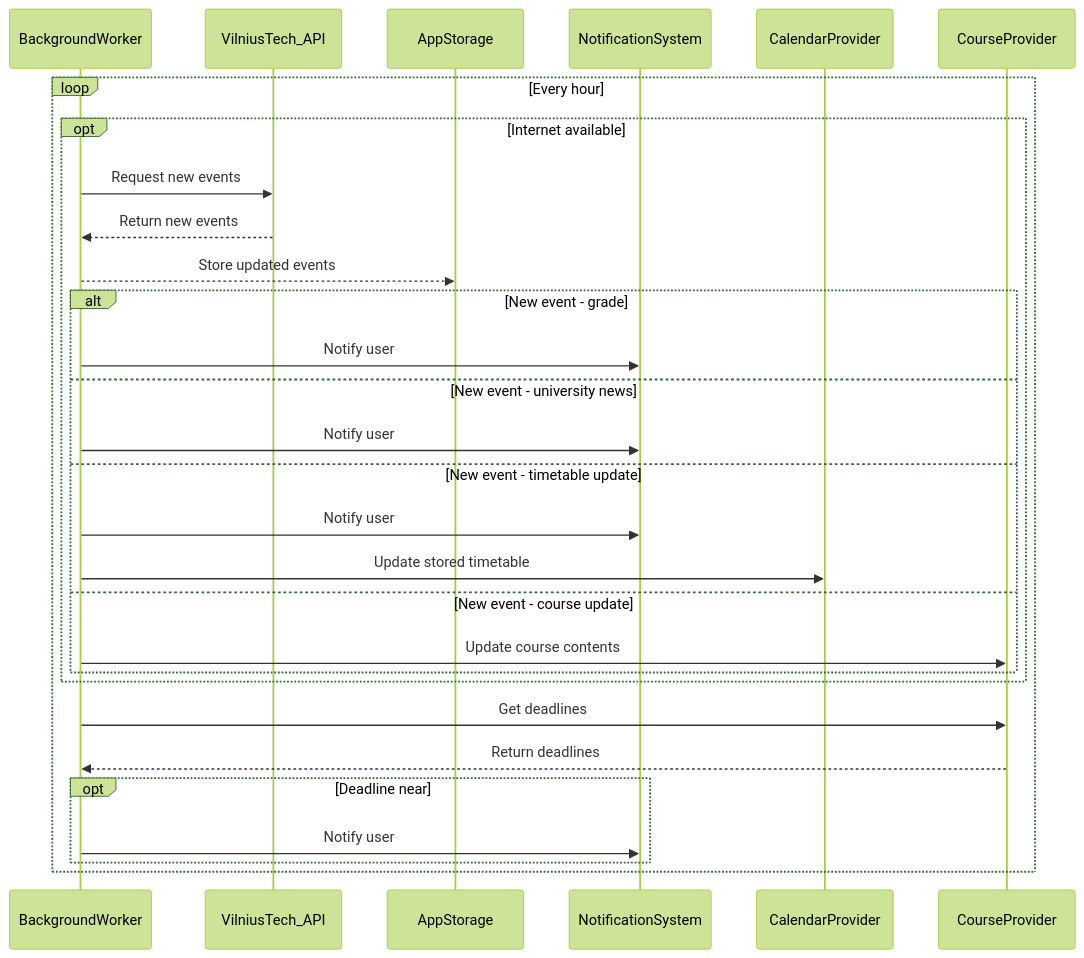
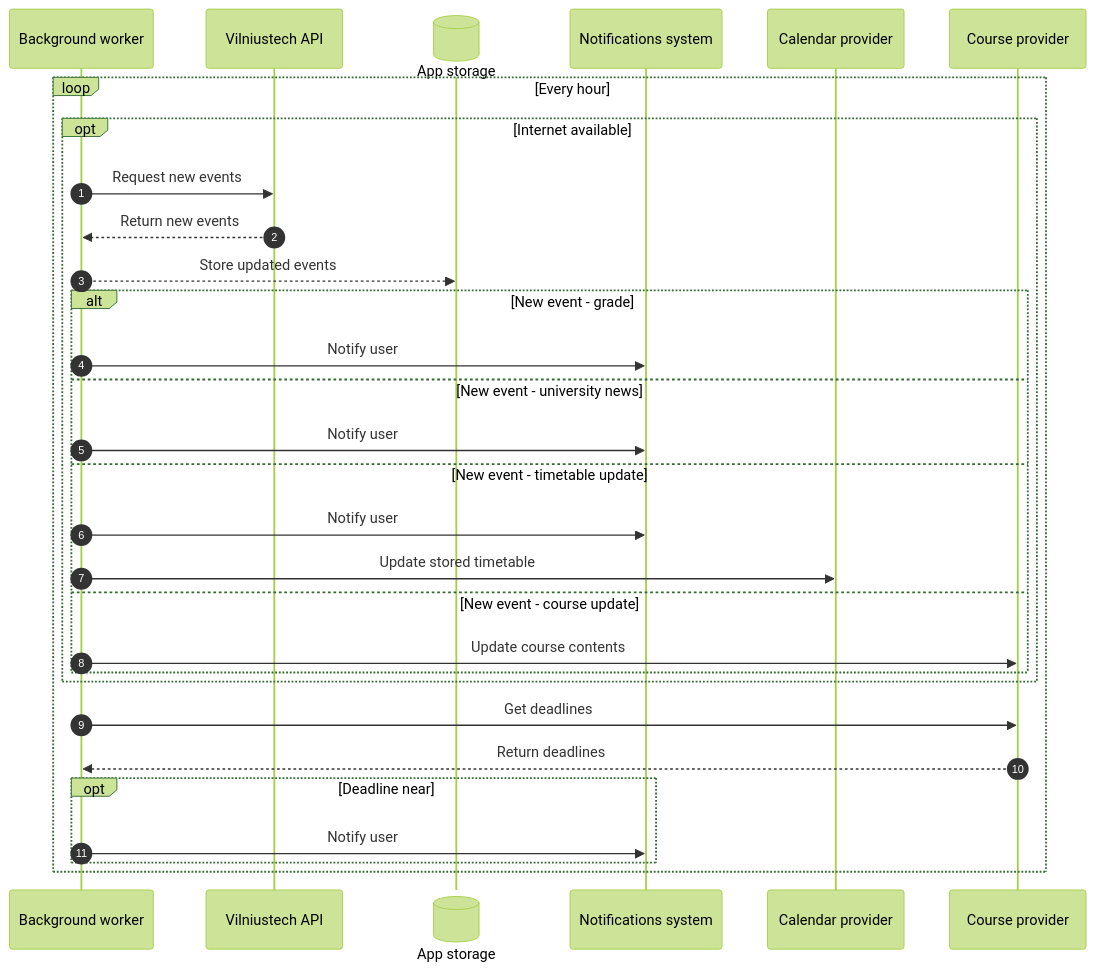
Before and after one commit to dgudim2/obsidian_vault: the diagram in uni/IT Project (Thesis)/background-polling.mermaid, drawn with Mermaid. The commit also changed other lines of this file and 9 other files, not shown here.

```diff
--- a/uni/IT Project (Thesis)/background-polling.mermaid
+++ b/uni/IT Project (Thesis)/background-polling.mermaid
@@ -1,28 +1,35 @@
 ---
 config:
   theme: forest
 ---
 sequenceDiagram
+  autonumber
+  participant BackgroundWorker as Background worker
+  participant VilniusTech_API as Vilniustech API
+  participant AppStorage@{ type: "database" } as App storage
+  participant NotificationSystem as Notifications system
+  participant CalendarProvider as Calendar provider
+  participant CourseProvider as Course provider
 
     loop Every hour
         opt Internet available
             BackgroundWorker->>VilniusTech_API: Request new events
             VilniusTech_API-->>BackgroundWorker: Return new events
             BackgroundWorker-->>AppStorage: Store updated events
             alt New event - grade
                 BackgroundWorker->>NotificationSystem: Notify user
             else New event - university news
                 BackgroundWorker->>NotificationSystem: Notify user
             else New event - timetable update
                 BackgroundWorker->>NotificationSystem: Notify user
                 BackgroundWorker->>CalendarProvider: Update stored timetable
             else New event - course update
                 BackgroundWorker->>CourseProvider: Update course contents
             end
         end
         BackgroundWorker->>CourseProvider: Get deadlines
         CourseProvider-->>BackgroundWorker: Return deadlines
         opt Deadline near
             BackgroundWorker->>NotificationSystem: Notify user
         end
     end
```
